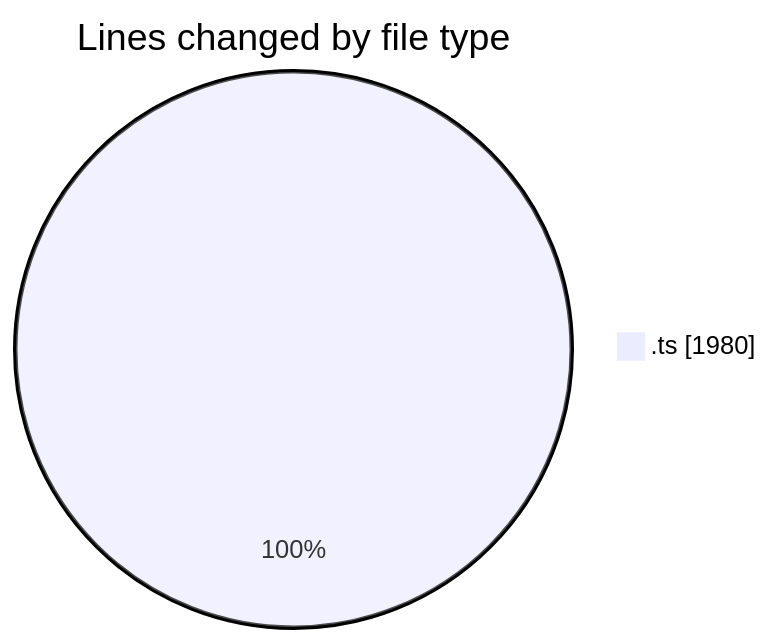
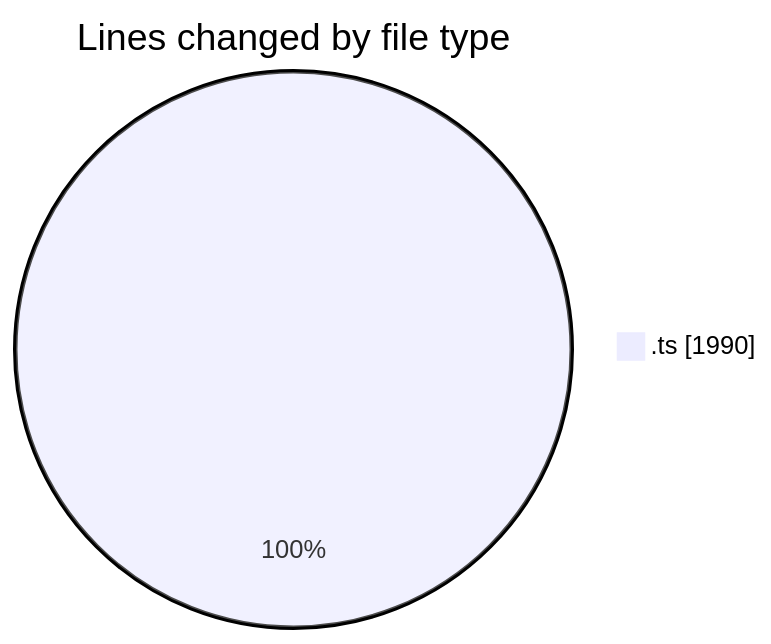
One commit to momahboobian/code-tracking changed the first of 2 diagrams in 2025-10-23/cda/README.md. Above: the diagram before and after it, drawn with Mermaid. The commit also changed other lines of this file and 1 other file, not shown here.

````diff
--- a/2025-10-23/cda/README.md
+++ b/2025-10-23/cda/README.md
@@ -23,5 +23,5 @@
 ```mermaid
 pie showData
 title Lines changed by file type
-".ts" : 1980
+".ts" : 1990
 ```
````
